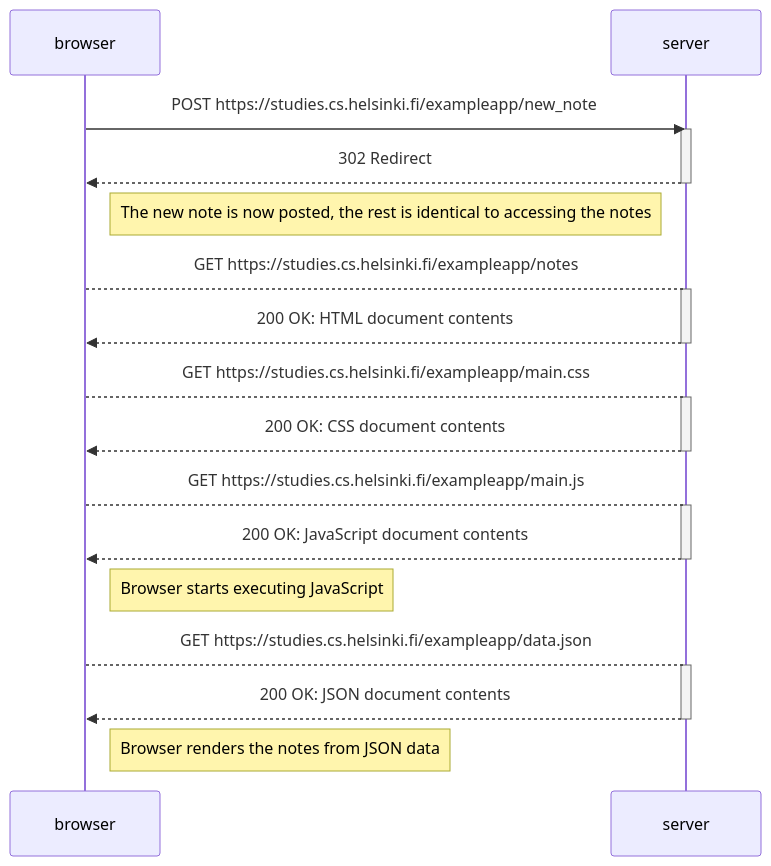
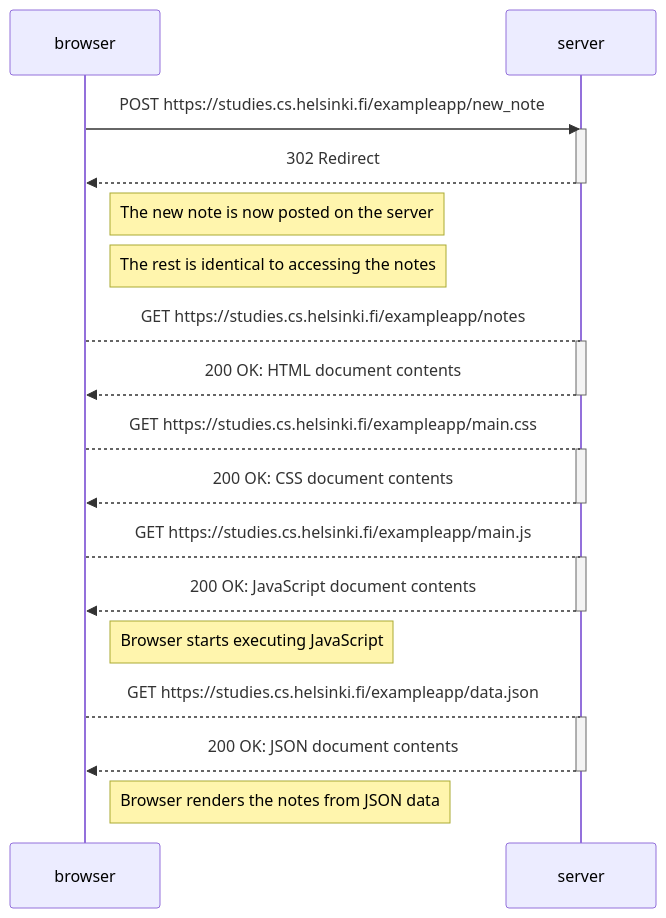
Before and after one commit to jpirhel/fullstackopen-2023-12: the first of 3 diagrams in part0/assignments.md, drawn with Mermaid. The commit also changed other lines of this file, not shown here.

````diff
--- a/part0/assignments.md
+++ b/part0/assignments.md
@@ -7,43 +7,44 @@
 ```mermaid
 
 sequenceDiagram
     participant browser
     participant server
 
     browser ->> server: POST https://studies.cs.helsinki.fi/exampleapp/new_note
 
     activate server
     server -->> browser: 302 Redirect
     deactivate server
 
-    Note right of browser: The new note is now posted, the rest is identical to accessing the notes
+    Note right of browser: The new note is now posted on the server
+    Note right of browser: The rest is identical to accessing the notes
 
     browser --> server: GET https://studies.cs.helsinki.fi/exampleapp/notes
 
     activate server
     server -->> browser: 200 OK: HTML document contents
     deactivate server
 
     browser --> server: GET https://studies.cs.helsinki.fi/exampleapp/main.css
 
     activate server
     server -->> browser: 200 OK: CSS document contents
     deactivate server
 
     browser --> server: GET https://studies.cs.helsinki.fi/exampleapp/main.js
 
     activate server
     server -->> browser: 200 OK: JavaScript document contents
     deactivate server
 
     Note right of browser: Browser starts executing JavaScript
 
     browser --> server: GET https://studies.cs.helsinki.fi/exampleapp/data.json
 
     activate server
     server -->> browser: 200 OK: JSON document contents
     deactivate server
 
     Note right of browser: Browser renders the notes from JSON data
 
 ```
````
